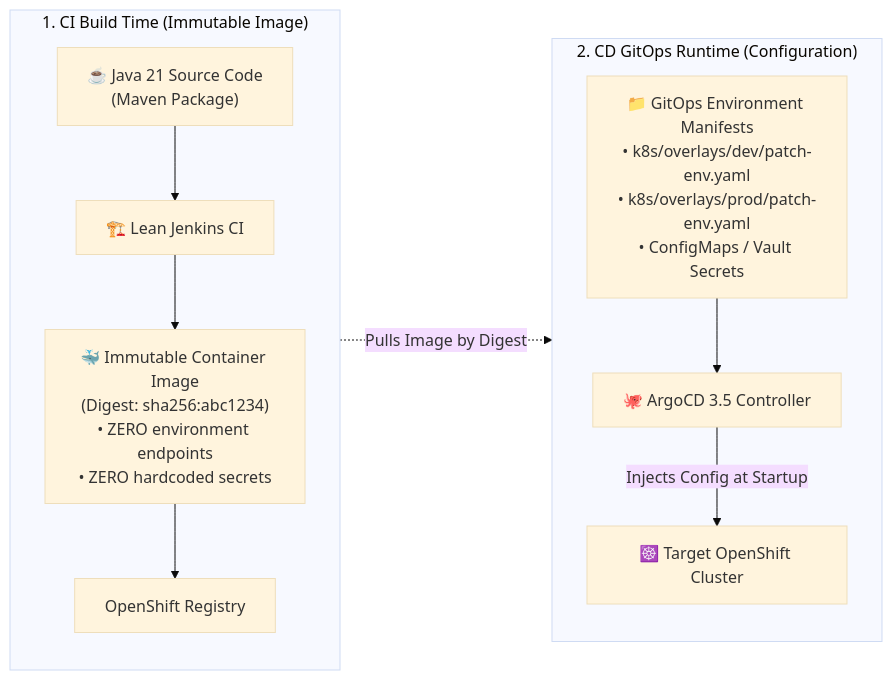
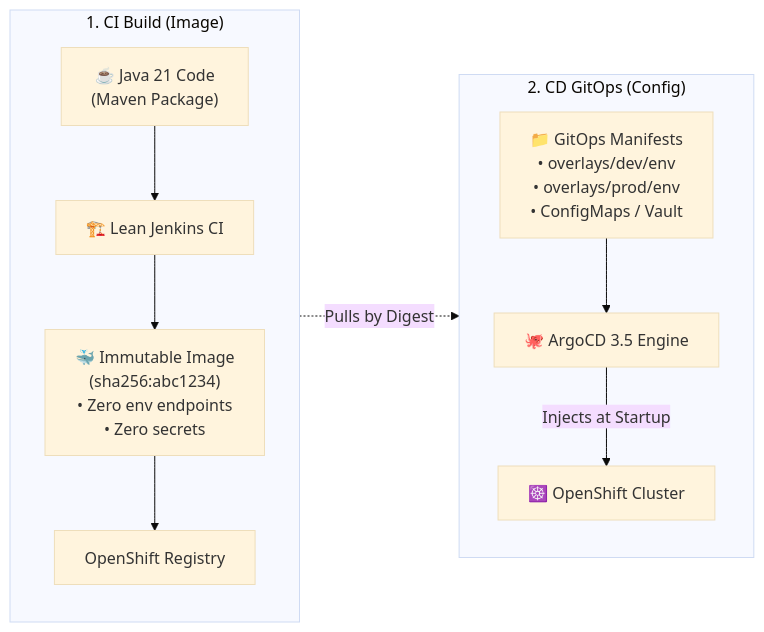
Before and after one commit to nubenetes/jenkins-without-git-parameter: the third of 14 diagrams in README.md, drawn with Mermaid (base theme). The commit also changed other lines of this file, not shown here.

Commit message:
fix(mermaid): enforce hard 20-char line limit on all diagram nodes to permanently prevent text clipping on GitHub

````diff
--- a/README.md
+++ b/README.md
@@ -359,21 +359,21 @@
 ```mermaid
 flowchart LR
-    subgraph BuildTime["1. CI Build Time (Immutable Image)"]
+    subgraph BuildTime["1. CI Build (Image)"]
         direction TB
-        Code["☕ Java 21 Source Code<br/>(Maven Package)"] --> Build["🏗️ Lean Jenkins CI"]
-        Build --> Image["🐳 Immutable Container Image<br/>(Digest: sha256:abc1234)<br/>• ZERO environment endpoints<br/>• ZERO hardcoded secrets"]
+        Code["☕ Java 21 Code<br/>(Maven Package)"] --> Build["🏗️ Lean Jenkins CI"]
+        Build --> Image["🐳 Immutable Image<br/>(sha256:abc1234)<br/>• Zero env endpoints<br/>• Zero secrets"]
         Image --> Registry["OpenShift Registry"]
     end
 
-    subgraph Runtime["2. CD GitOps Runtime (Configuration)"]
+    subgraph Runtime["2. CD GitOps (Config)"]
         direction TB
-        Overlays["📁 GitOps Environment Manifests<br/>• k8s/overlays/dev/patch-env.yaml<br/>• k8s/overlays/prod/patch-env.yaml<br/>• ConfigMaps / Vault Secrets"]
-        ArgoCD["🐙 ArgoCD 3.5 Controller"]
-        Cluster["☸️ Target OpenShift Cluster"]
+        Overlays["📁 GitOps Manifests<br/>• overlays/dev/env<br/>• overlays/prod/env<br/>• ConfigMaps / Vault"]
+        ArgoCD["🐙 ArgoCD 3.5 Engine"]
+        Cluster["☸️ OpenShift Cluster"]
         
         Overlays --> ArgoCD
-        ArgoCD -->|"Injects Config at Startup"| Cluster
+        ArgoCD -->|"Injects at Startup"| Cluster
     end
 
-    Registry -.->|"Pulls Image by Digest"| Cluster
+    Registry -.->|"Pulls by Digest"| Cluster
 ```
````
